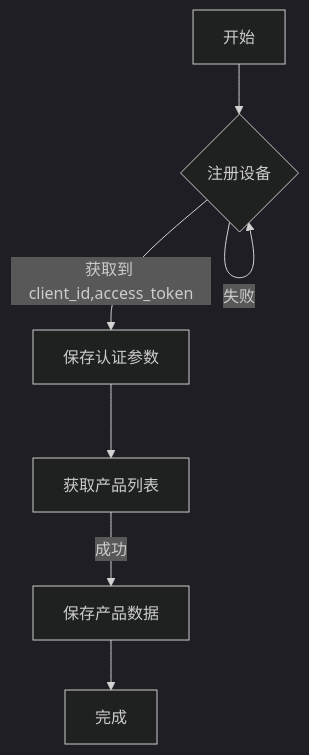
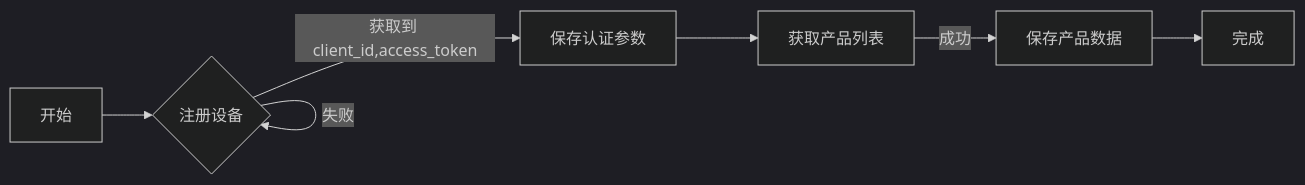
The diagram in docs/encryption365/logic.md (trustoceanltd/docs), drawn with Mermaid (dark theme) before and after one commit. The commit also changed other lines of this file and 4 other files, not shown here.

````diff
--- a/docs/encryption365/logic.md
+++ b/docs/encryption365/logic.md
@@ -5,9 +8,9 @@
 ``` mermaid
-graph TB
+graph LR
   A[开始] --> B{注册设备};
   B -->|获取到 client_id,access_token| C[保存认证参数];
   B -->|失败| B;
   C --> D[获取产品列表];
-  D --> |成功|E[保存产品数据];
+  D --> |成功|E[保存产品数据]; 
   E --> F[完成]
 ```
````
